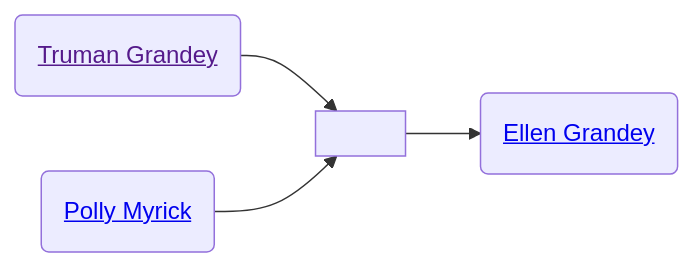
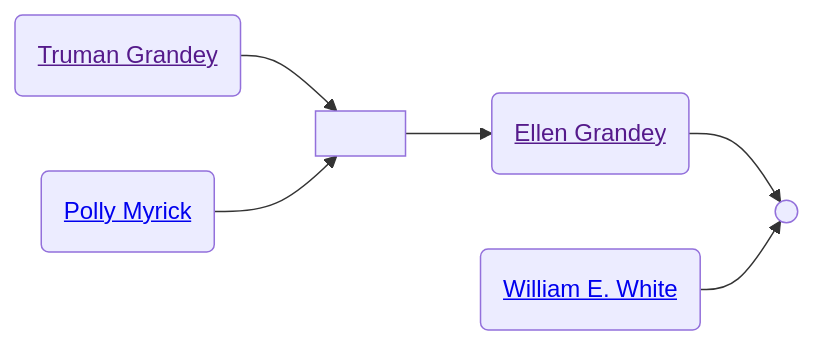
One commit to neelsmith/avocational changed the diagram in familyhistory/sources/people/Merrill-line/Grandey-line/Truman_Grandey.qmd. Above: the diagram before and after it, drawn with Mermaid. The commit also changed 109 other files, not shown here.

````diff
--- a/familyhistory/sources/people/Merrill-line/Grandey-line/Truman_Grandey.qmd
+++ b/familyhistory/sources/people/Merrill-line/Grandey-line/Truman_Grandey.qmd
@@ -26,11 +26,14 @@
 ```{mermaid}
 graph LR
 class Truman_Grandey_and_Polly_Myrick marriage
 Truman_Grandey(<a href=''>Truman Grandey</>) --> Truman_Grandey_and_Polly_Myrick[ ]
 Polly_Myrick(<a href='./../White-line/Grandey/Polly_Myrick.html'>Polly Myrick</>) --> Truman_Grandey_and_Polly_Myrick(( ))
 Truman_Grandey_and_Polly_Myrick[ ] --> Ellen_Grandey(<a href='./Ellen_Grandey.html'>Ellen Grandey</>)
+class Ellen_Grandey_and_William_E._White marriage
+Ellen_Grandey(<a href=''>Ellen Grandey</>) --> Ellen_Grandey_and_William_E._White[ ]
+William_E._White(<a href='./../White-line/William_E._White.html'>William E. White</>) --> Ellen_Grandey_and_William_E._White(( ))
 classDef mother fill:#ffd1dc
 classDef father fill:#daf0f7  
 classDef marriage fill:#ffffff
 
 ```
````
